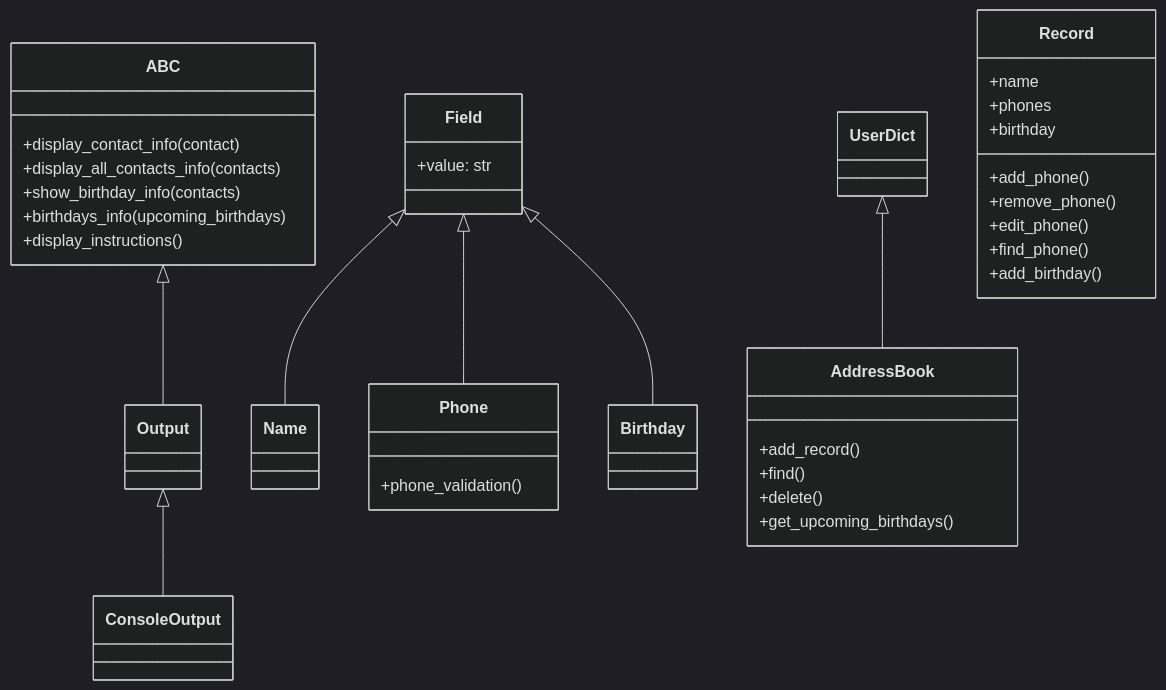
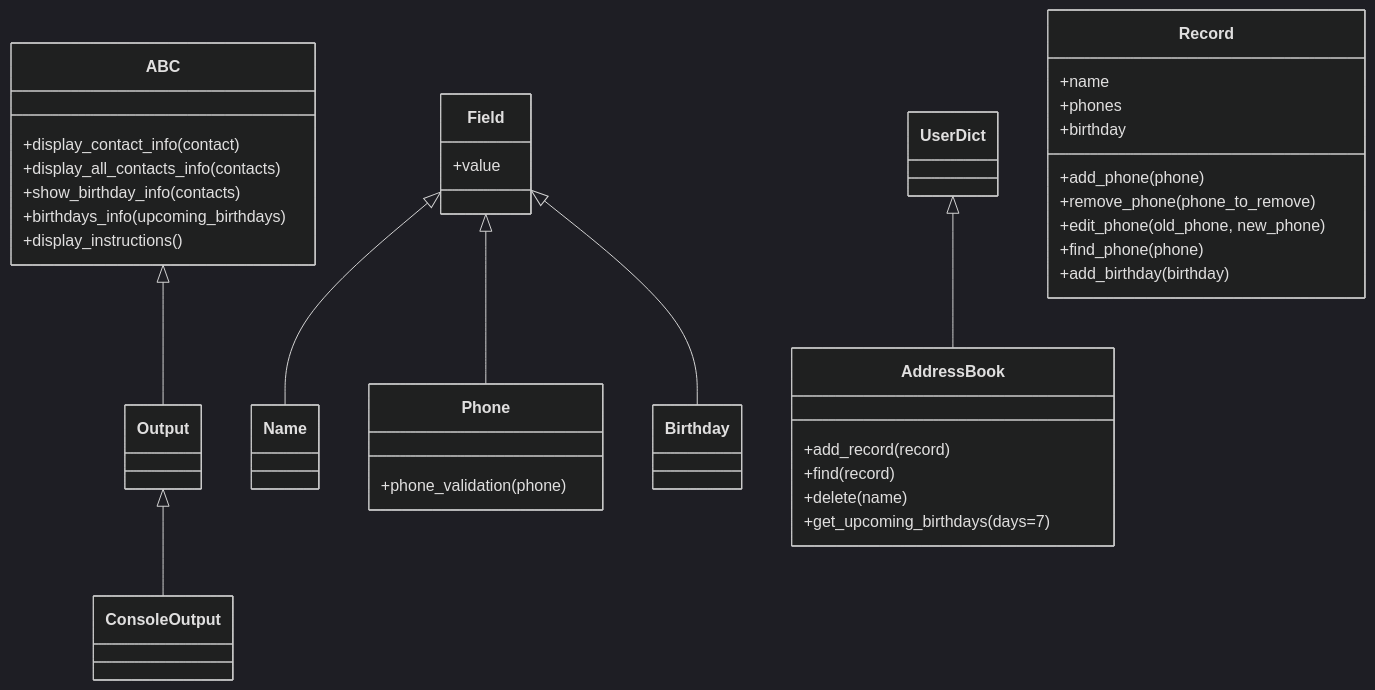
Before and after one commit to iamleeon/goit-pyweb-01: the diagram in UMLDiagram.md, drawn with Mermaid (dark theme).

Commit message:
corrected UML diagram

````diff
--- a/UMLDiagram.md
+++ b/UMLDiagram.md
@@ -1,41 +1,41 @@
 ```mermaid
 classDiagram
     ABC <|-- Output
     Output <|-- ConsoleOutput
     Field <|-- Name
     Field <|-- Phone
     Field <|-- Birthday
     Record
     UserDict <| -- AddressBook
     class ABC {
         +display_contact_info(contact)
         +display_all_contacts_info(contacts)
         +show_birthday_info(contacts)
         +birthdays_info(upcoming_birthdays)
         +display_instructions()
     }
     class Field{
-        +value: str
+        +value
     }
     class Phone{
-        +phone_validation()
+        +phone_validation(phone)
     }
     class Record{
         +name
         +phones
         +birthday
-        +add_phone()
-        +remove_phone()
-        +edit_phone()
-        +find_phone()
-        +add_birthday()
+        +add_phone(phone)
+        +remove_phone(phone_to_remove)
+        +edit_phone(old_phone, new_phone)
+        +find_phone(phone)
+        +add_birthday(birthday)
 
     }
     class AddressBook{
-        +add_record()
-        +find()
-        +delete()
-        +get_upcoming_birthdays()
+        +add_record(record)
+        +find(record)
+        +delete(name)
+        +get_upcoming_birthdays(days=7)
     }
 
 ```
````
